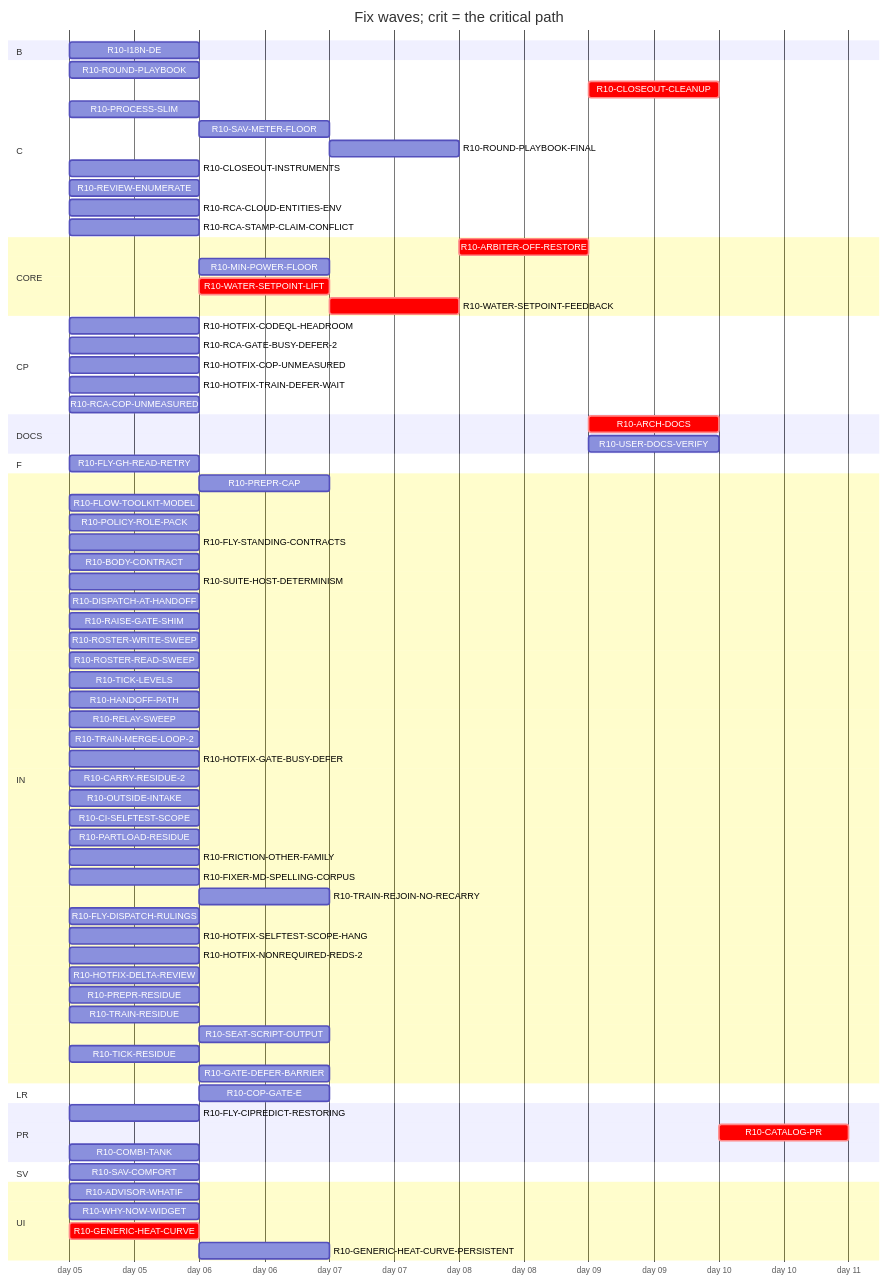
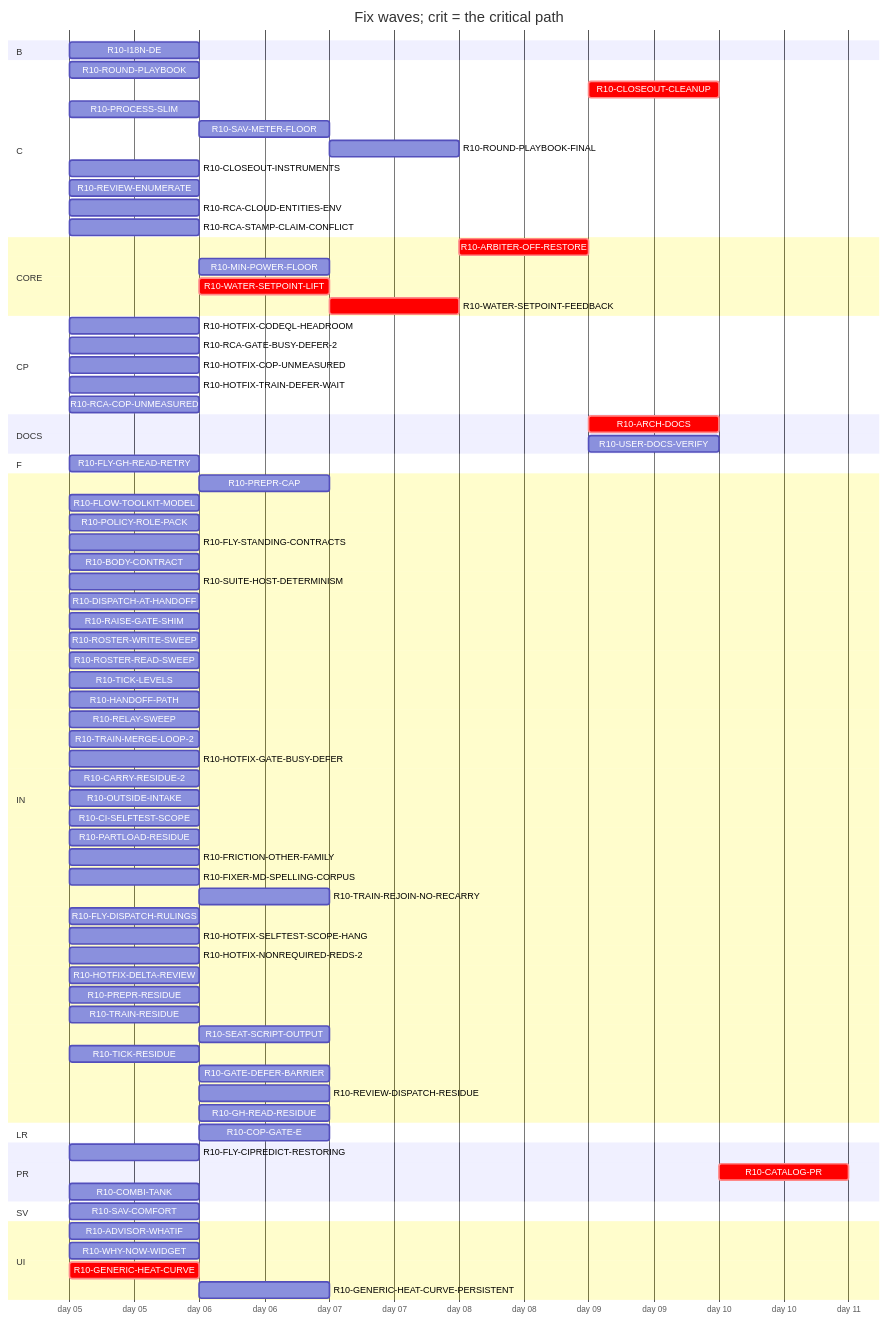
The diagram in handoff/round10/state/PLAN-TABLE.md (tvofi/heatpump_optimizer), drawn with Mermaid before and after one commit. The commit also changed other lines of this file and 2 other files, not shown here.

Commit message:
state: FLOW-BOARD.md, NEXT-SESSION-PROMPT.md, PLAN-TABLE.md, RESUME-CURRENT.md regenerated (state_docs.py)

````diff
--- a/handoff/round10/state/PLAN-TABLE.md
+++ b/handoff/round10/state/PLAN-TABLE.md
@@ -24,79 +24,81 @@
 ```mermaid
 gantt
   title Fix waves; crit = the critical path
   dateFormat YYYY-MM-DD
   axisFormat day %d
   section B
     R10-I18N-DE :r10I18NDE, 2026-01-05, 1d
   section C
     R10-ROUND-PLAYBOOK :r10ROUNDPLAYBOOK, 2026-01-05, 1d
     R10-CLOSEOUT-CLEANUP :crit, r10CLOSEOUTCLEANUP, after r10ARCHDOCS r10USERDOCSVERIFY r10ROUNDPLAYBOOKFINAL r10CLOSEOUTINSTRUMENTS r10RCAGATEBUSYDEFER2 r10RCACOPUNMEASURED r10FRICTIONOTHERFAMILY, 1d
     R10-PROCESS-SLIM :r10PROCESSSLIM, 2026-01-05, 1d
     R10-SAV-METER-FLOOR :r10SAVMETERFLOOR, after r10SAVCOMFORT, 1d
     R10-ROUND-PLAYBOOK-FINAL :r10ROUNDPLAYBOOKFINAL, after r10PREPRCAP r10HANDOFFPATH r10RELAYSWEEP r10DISPATCHATHANDOFF r10BODYCONTRACT r10TICKLEVELS r10ROSTERWRITESWEEP r10ROSTERREADSWEEP r10FLYSTANDINGCONTRACTS r10POLICYROLEPACK r10FLOWTOOLKITMODEL r10FLYCIPREDICTRESTORING r10RAISEGATESHIM r10FLYGHREADRETRY r10SUITEHOSTDETERMINISM r10ROUNDPLAYBOOK r10PROCESSSLIM r10TRAINMERGELOOP2 r10CARRYRESIDUE2 r10HOTFIXCODEQLHEADROOM r10OUTSIDEINTAKE r10HOTFIXTRAINDEFERWAIT r10CISELFTESTSCOPE r10CLOSEOUTINSTRUMENTS r10FRICTIONOTHERFAMILY r10FIXERMDSPELLINGCORPUS, 1d
     R10-CLOSEOUT-INSTRUMENTS :r10CLOSEOUTINSTRUMENTS, 2026-01-05, 1d
     R10-REVIEW-ENUMERATE :r10REVIEWENUMERATE, 2026-01-05, 1d
     R10-RCA-CLOUD-ENTITIES-ENV :r10RCACLOUDENTITIESENV, 2026-01-05, 1d
     R10-RCA-STAMP-CLAIM-CONFLICT :r10RCASTAMPCLAIMCONFLICT, 2026-01-05, 1d
   section CORE
     R10-ARBITER-OFF-RESTORE :crit, r10ARBITEROFFRESTORE, after r10GENERICHEATCURVE r10GENERICHEATCURVEPERSISTENT r10WATERSETPOINTLIFT r10WATERSETPOINTFEEDBACK, 1d
     R10-MIN-POWER-FLOOR :r10MINPOWERFLOOR, after r10HOTFIXCOPUNMEASURED r10GENERICHEATCURVE, 1d
     R10-WATER-SETPOINT-LIFT :crit, r10WATERSETPOINTLIFT, after r10GENERICHEATCURVE, 1d
     R10-WATER-SETPOINT-FEEDBACK :crit, r10WATERSETPOINTFEEDBACK, after r10WATERSETPOINTLIFT, 1d
   section CP
     R10-HOTFIX-CODEQL-HEADROOM :r10HOTFIXCODEQLHEADROOM, 2026-01-05, 1d
     R10-RCA-GATE-BUSY-DEFER-2 :r10RCAGATEBUSYDEFER2, 2026-01-05, 1d
     R10-HOTFIX-COP-UNMEASURED :r10HOTFIXCOPUNMEASURED, 2026-01-05, 1d
     R10-HOTFIX-TRAIN-DEFER-WAIT :r10HOTFIXTRAINDEFERWAIT, 2026-01-05, 1d
     R10-RCA-COP-UNMEASURED :r10RCACOPUNMEASURED, 2026-01-05, 1d
   section DOCS
     R10-ARCH-DOCS :crit, r10ARCHDOCS, after r10SAVCOMFORT r10WHYNOWWIDGET r10ADVISORWHATIF r10PREPRCAP r10HANDOFFPATH r10RELAYSWEEP r10DISPATCHATHANDOFF r10BODYCONTRACT r10TICKLEVELS r10ROSTERWRITESWEEP r10ROSTERREADSWEEP r10FLYSTANDINGCONTRACTS r10POLICYROLEPACK r10FLOWTOOLKITMODEL r10FLYCIPREDICTRESTORING r10RAISEGATESHIM r10FLYGHREADRETRY r10SUITEHOSTDETERMINISM r10PROCESSSLIM r10SAVMETERFLOOR r10HOTFIXCOPUNMEASURED r10COPGATEE r10PARTLOADRESIDUE r10I18NDE r10GENERICHEATCURVE r10GENERICHEATCURVEPERSISTENT r10ARBITEROFFRESTORE r10TRAINMERGELOOP2 r10CARRYRESIDUE2 r10HOTFIXCODEQLHEADROOM r10OUTSIDEINTAKE r10HOTFIXTRAINDEFERWAIT r10CISELFTESTSCOPE r10COMBITANK r10CLOSEOUTINSTRUMENTS r10MINPOWERFLOOR r10ROUNDPLAYBOOK r10RCAGATEBUSYDEFER2 r10FRICTIONOTHERFAMILY r10RCACOPUNMEASURED, 1d
     R10-USER-DOCS-VERIFY :r10USERDOCSVERIFY, after r10SAVCOMFORT r10WHYNOWWIDGET r10ADVISORWHATIF r10SAVMETERFLOOR r10HOTFIXCOPUNMEASURED r10COPGATEE r10PARTLOADRESIDUE r10I18NDE r10GENERICHEATCURVE r10GENERICHEATCURVEPERSISTENT r10ARBITEROFFRESTORE r10COMBITANK r10MINPOWERFLOOR, 1d
   section F
     R10-FLY-GH-READ-RETRY :r10FLYGHREADRETRY, 2026-01-05, 1d
   section IN
     R10-PREPR-CAP :r10PREPRCAP, after r10PROCESSSLIM, 1d
     R10-FLOW-TOOLKIT-MODEL :r10FLOWTOOLKITMODEL, 2026-01-05, 1d
     R10-POLICY-ROLE-PACK :r10POLICYROLEPACK, 2026-01-05, 1d
     R10-FLY-STANDING-CONTRACTS :r10FLYSTANDINGCONTRACTS, 2026-01-05, 1d
     R10-BODY-CONTRACT :r10BODYCONTRACT, 2026-01-05, 1d
     R10-SUITE-HOST-DETERMINISM :r10SUITEHOSTDETERMINISM, 2026-01-05, 1d
     R10-DISPATCH-AT-HANDOFF :r10DISPATCHATHANDOFF, 2026-01-05, 1d
     R10-RAISE-GATE-SHIM :r10RAISEGATESHIM, 2026-01-05, 1d
     R10-ROSTER-WRITE-SWEEP :r10ROSTERWRITESWEEP, 2026-01-05, 1d
     R10-ROSTER-READ-SWEEP :r10ROSTERREADSWEEP, 2026-01-05, 1d
     R10-TICK-LEVELS :r10TICKLEVELS, 2026-01-05, 1d
     R10-HANDOFF-PATH :r10HANDOFFPATH, 2026-01-05, 1d
     R10-RELAY-SWEEP :r10RELAYSWEEP, 2026-01-05, 1d
     R10-TRAIN-MERGE-LOOP-2 :r10TRAINMERGELOOP2, 2026-01-05, 1d
     R10-HOTFIX-GATE-BUSY-DEFER :r10HOTFIXGATEBUSYDEFER, 2026-01-05, 1d
     R10-CARRY-RESIDUE-2 :r10CARRYRESIDUE2, 2026-01-05, 1d
     R10-OUTSIDE-INTAKE :r10OUTSIDEINTAKE, 2026-01-05, 1d
     R10-CI-SELFTEST-SCOPE :r10CISELFTESTSCOPE, 2026-01-05, 1d
     R10-PARTLOAD-RESIDUE :r10PARTLOADRESIDUE, 2026-01-05, 1d
     R10-FRICTION-OTHER-FAMILY :r10FRICTIONOTHERFAMILY, 2026-01-05, 1d
     R10-FIXER-MD-SPELLING-CORPUS :r10FIXERMDSPELLINGCORPUS, 2026-01-05, 1d
     R10-TRAIN-REJOIN-NO-RECARRY :r10TRAINREJOINNORECARRY, after r10HOTFIXTRAINDEFERWAIT r10TRAINMERGELOOP2, 1d
     R10-FLY-DISPATCH-RULINGS :r10FLYDISPATCHRULINGS, 2026-01-05, 1d
     R10-HOTFIX-SELFTEST-SCOPE-HANG :r10HOTFIXSELFTESTSCOPEHANG, 2026-01-05, 1d
     R10-HOTFIX-NONREQUIRED-REDS-2 :r10HOTFIXNONREQUIREDREDS2, 2026-01-05, 1d
     R10-HOTFIX-DELTA-REVIEW :r10HOTFIXDELTAREVIEW, 2026-01-05, 1d
     R10-PREPR-RESIDUE :r10PREPRRESIDUE, 2026-01-05, 1d
     R10-TRAIN-RESIDUE :r10TRAINRESIDUE, 2026-01-05, 1d
     R10-SEAT-SCRIPT-OUTPUT :r10SEATSCRIPTOUTPUT, after r10TRAINRESIDUE, 1d
     R10-TICK-RESIDUE :r10TICKRESIDUE, 2026-01-05, 1d
     R10-GATE-DEFER-BARRIER :r10GATEDEFERBARRIER, after r10TRAINRESIDUE r10TICKRESIDUE, 1d
+    R10-REVIEW-DISPATCH-RESIDUE :r10REVIEWDISPATCHRESIDUE, after r10DISPATCHATHANDOFF r10REVIEWENUMERATE r10HOTFIXDELTAREVIEW r10PROCESSSLIM, 1d
+    R10-GH-READ-RESIDUE :r10GHREADRESIDUE, after r10FLYGHREADRETRY, 1d
   section LR
     R10-COP-GATE-E :r10COPGATEE, after r10HOTFIXCOPUNMEASURED, 1d
   section PR
     R10-FLY-CIPREDICT-RESTORING :r10FLYCIPREDICTRESTORING, 2026-01-05, 1d
     R10-CATALOG-PR :crit, r10CATALOGPR, after r10USERDOCSVERIFY r10ARCHDOCS r10ROUNDPLAYBOOKFINAL r10CLOSEOUTCLEANUP, 1d
     R10-COMBI-TANK :r10COMBITANK, 2026-01-05, 1d
   section SV
     R10-SAV-COMFORT :r10SAVCOMFORT, 2026-01-05, 1d
   section UI
     R10-ADVISOR-WHATIF :r10ADVISORWHATIF, 2026-01-05, 1d
     R10-WHY-NOW-WIDGET :r10WHYNOWWIDGET, 2026-01-05, 1d
     R10-GENERIC-HEAT-CURVE :crit, r10GENERICHEATCURVE, 2026-01-05, 1d
     R10-GENERIC-HEAT-CURVE-PERSISTENT :r10GENERICHEATCURVEPERSISTENT, after r10GENERICHEATCURVE, 1d
 ```
````
